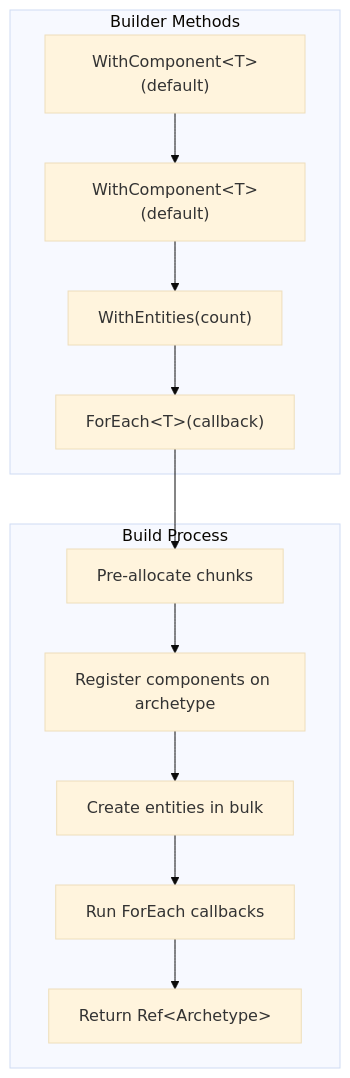
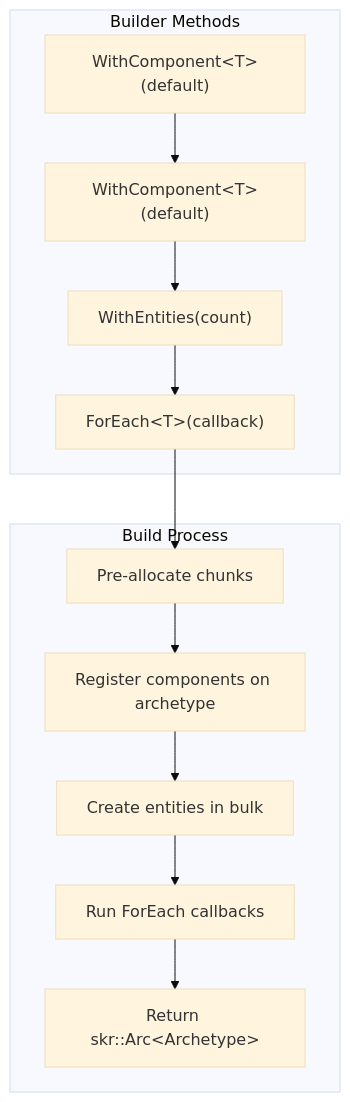
The first of 2 diagrams in docs/api/archetype-builder.md (gilmar-sales/Freyr), drawn with Mermaid (base theme) before and after one commit. The commit also changed other lines of this file and 50 other files, not shown here.

First line of the commit message:
refactor: replace `Ref<T>` with `skr::Arc<T>` for improved memory management

````diff
--- a/docs/api/archetype-builder.md
+++ b/docs/api/archetype-builder.md
@@ -17,21 +17,21 @@
 ```mermaid
 graph TB
     subgraph Setup["Builder Methods"]
         WC["WithComponent&lt;T&gt;(default)"]
         WV["WithComponent&lt;T&gt;(default)"]
         WE["WithEntities(count)"]
         FE["ForEach&lt;T&gt;(callback)"]
     end
 
     subgraph Process["Build Process"]
         ALLOC["Pre-allocate chunks"]
         REG["Register components on archetype"]
         SPAWN["Create entities in bulk"]
         CALL["Run ForEach callbacks"]
-        DONE["Return Ref&lt;Archetype&gt;"]
+        DONE["Return skr::Arc&lt;Archetype&gt;"]
     end
 
     WC --> WV --> WE --> FE
     FE --> ALLOC
     ALLOC --> REG --> SPAWN --> CALL --> DONE
 ```
````
